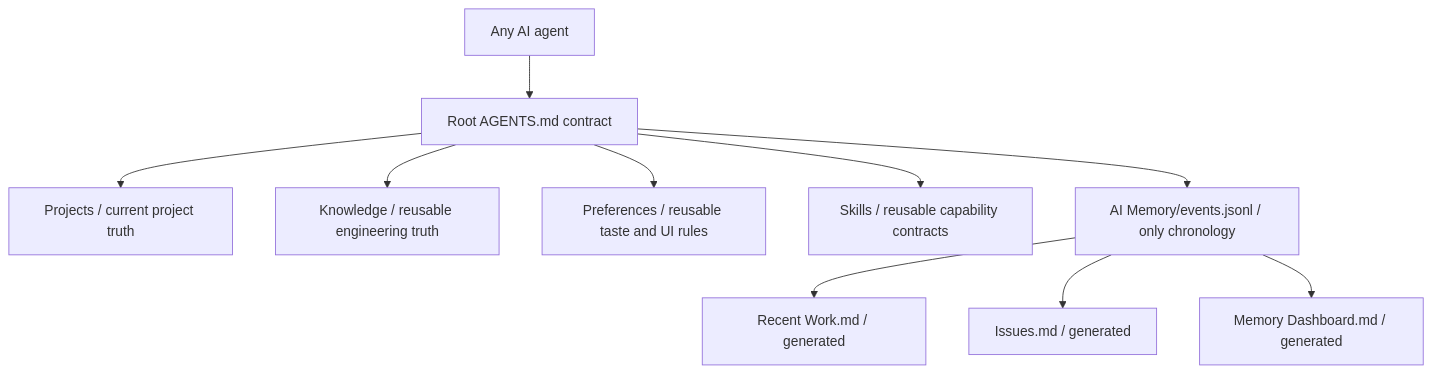
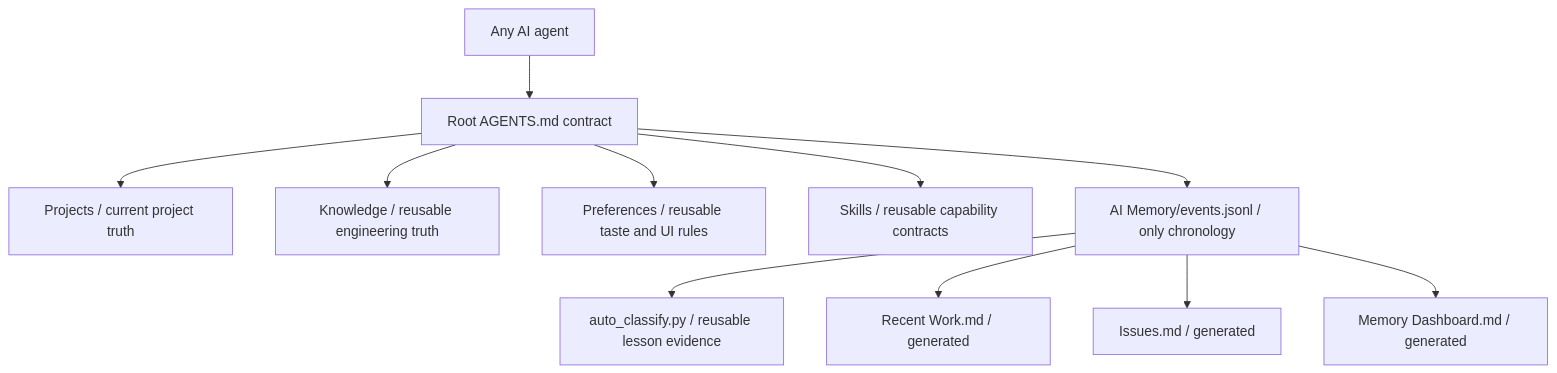
The diagram in README.md (qinbatista/qin-llm-wiki), drawn with Mermaid before and after one commit. The commit also changed other lines of this file and 33 other files, not shown here.

Commit message:
Harden the public memory architecture

````diff
--- a/README.md
+++ b/README.md
@@ -19,12 +23,13 @@
 ```mermaid
 flowchart TD
   AI["Any AI agent"] --> C["Root AGENTS.md contract"]
   C --> P["Projects / current project truth"]
   C --> K["Knowledge / reusable engineering truth"]
   C --> R["Preferences / reusable taste and UI rules"]
   C --> S["Skills / reusable capability contracts"]
   C --> E["AI Memory/events.jsonl / only chronology"]
+  E --> A["auto_classify.py / reusable lesson evidence"]
   E --> W["Recent Work.md / generated"]
   E --> I["Issues.md / generated"]
   E --> D["Memory Dashboard.md / generated"]
 ```
````
